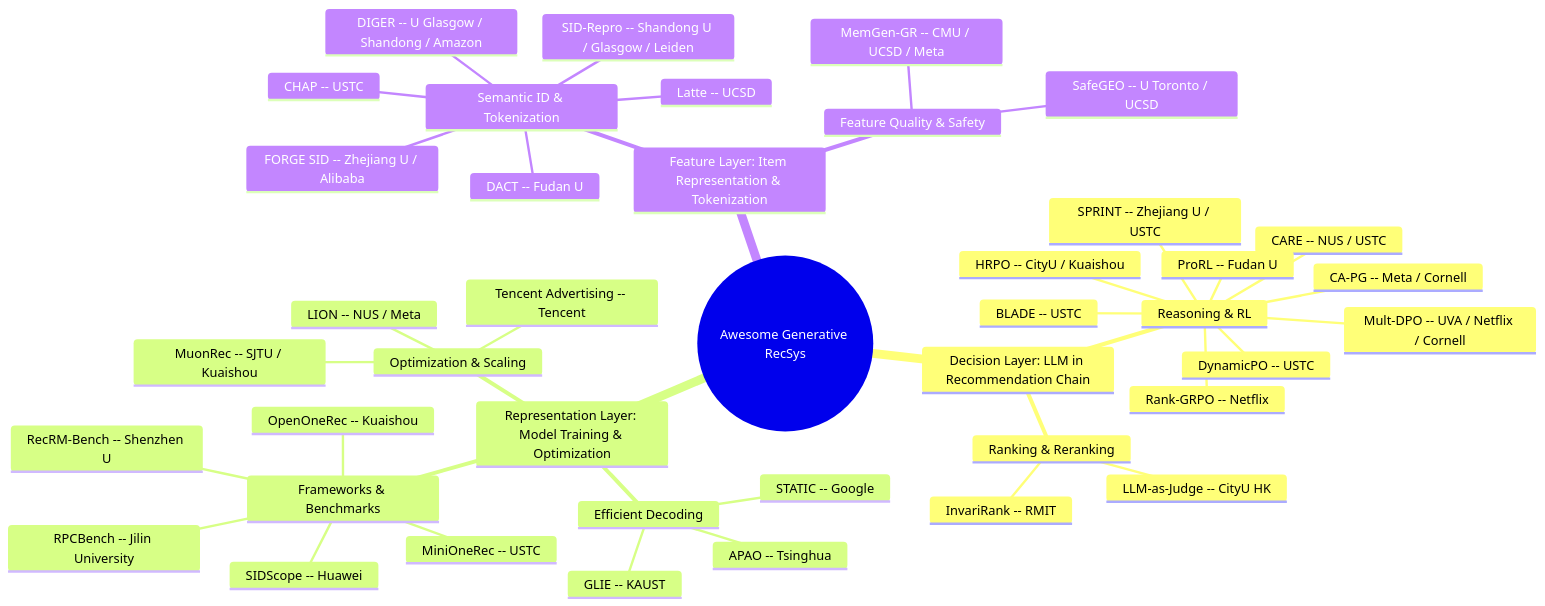
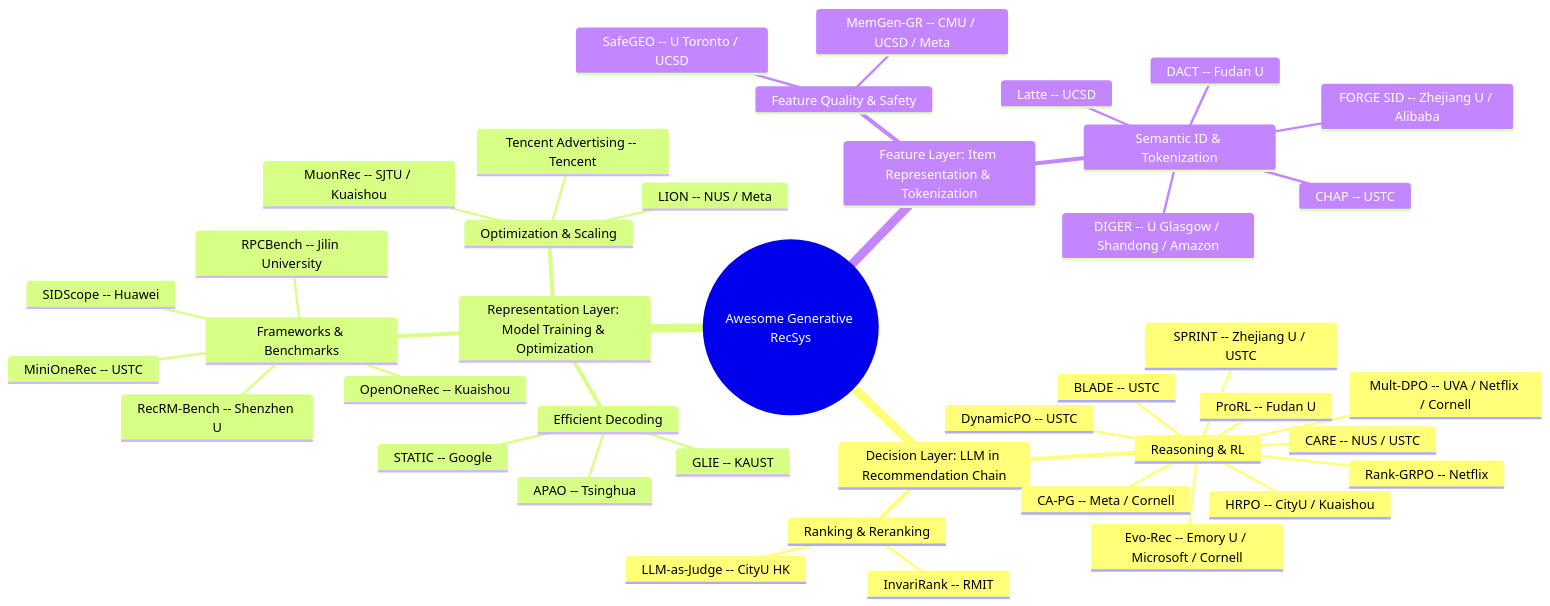
One commit to HaFred/awesome-generative-recsys changed the diagram in README.md. Above: the diagram before and after it, drawn with Mermaid. The commit also changed other lines of this file and 3 other files, not shown here.

````diff
--- a/README.md
+++ b/README.md
@@ -30,45 +30,45 @@
 ```mermaid
 mindmap
   root((Awesome Generative RecSys))
     Decision Layer: LLM in Recommendation Chain
       Reasoning & RL
         Rank-GRPO -- Netflix
         DynamicPO -- USTC
         BLADE -- USTC
         SPRINT -- Zhejiang U / USTC
         CARE -- NUS / USTC
         HRPO -- CityU / Kuaishou
         Mult-DPO -- UVA / Netflix / Cornell
         CA-PG -- Meta / Cornell
         ProRL -- Fudan U
+        Evo-Rec -- Emory U / Microsoft / Cornell
       Ranking & Reranking
         InvariRank -- RMIT
         LLM-as-Judge -- CityU HK
     Representation Layer: Model Training & Optimization
       Frameworks & Benchmarks
         MiniOneRec -- USTC
         OpenOneRec -- Kuaishou
         RecRM-Bench -- Shenzhen U
         SIDScope -- Huawei
         RPCBench -- Jilin University
       Efficient Decoding
         STATIC -- Google
         APAO -- Tsinghua
         GLIE -- KAUST
       Optimization & Scaling
         MuonRec -- SJTU / Kuaishou
         Tencent Advertising -- Tencent
         LION -- NUS / Meta
     Feature Layer: Item Representation & Tokenization
       Semantic ID & Tokenization
         Latte -- UCSD
         FORGE SID -- Zhejiang U / Alibaba
         DIGER -- U Glasgow / Shandong / Amazon
         DACT -- Fudan U
-        SID-Repro -- Shandong U / Glasgow / Leiden
         CHAP -- USTC
       Feature Quality & Safety
         SafeGEO -- U Toronto / UCSD
         MemGen-GR -- CMU / UCSD / Meta
 
 ```
````
